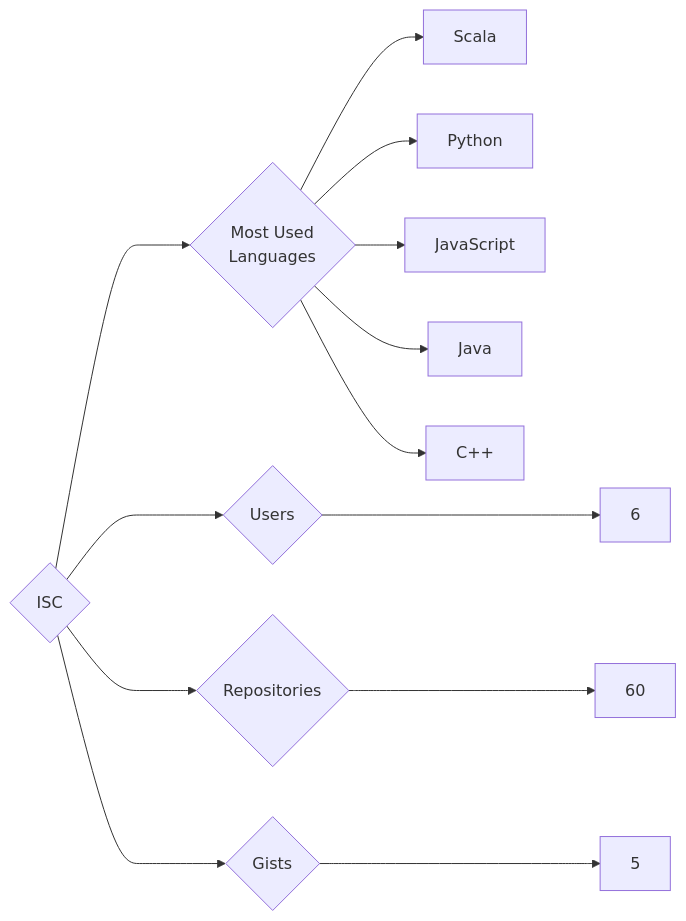
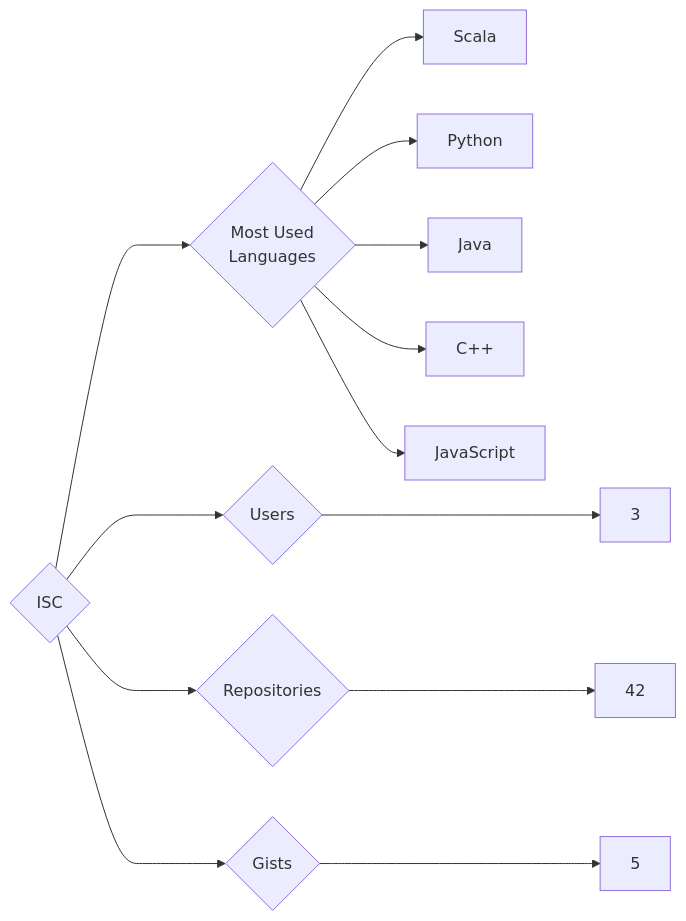
The diagram in targets/ISC/README.md (trickest/insiders), drawn with Mermaid before and after one commit. The commit also changed 912 other files, not shown here.

````diff
--- a/targets/ISC/README.md
+++ b/targets/ISC/README.md
@@ -3,13 +3,13 @@
 ```mermaid
 graph LR
 COMPANY_NAME{ISC}
-COMPANY_NAME ---> U{Users} ---> UN[6]
-COMPANY_NAME ---> R{Repositories} ---> RN[60]
+COMPANY_NAME ---> U{Users} ---> UN[3]
+COMPANY_NAME ---> R{Repositories} ---> RN[42]
 COMPANY_NAME ---> G{Gists} ---> GN[5]
 COMPANY_NAME ---> ML{Most Used<br>Languages}
 ML --> Scala[Scala]
 ML --> Python[Python]
-ML --> JavaScript[JavaScript]
 ML --> Java[Java]
 ML --> C++[C++]
+ML --> JavaScript[JavaScript]
 ```
````
